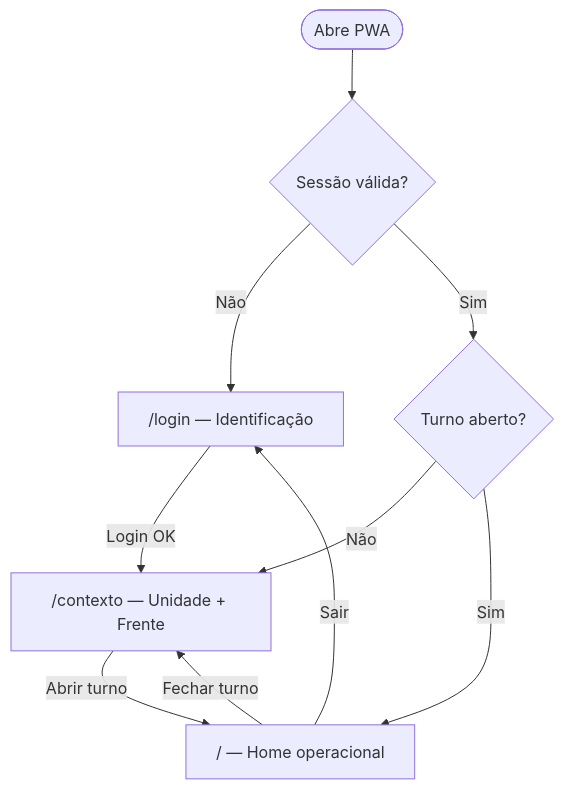
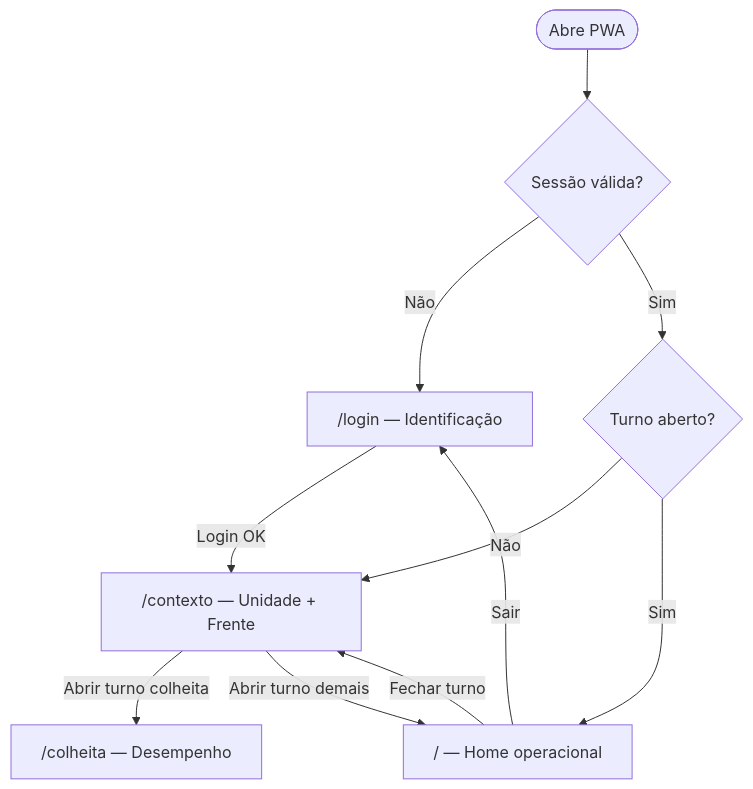
Before and after one commit to carlosedupm/ceial-cocal-campo: the first of 2 diagrams in docs/ops/fluxo-usuario-brf-001.md, drawn with Mermaid. The commit also changed other lines of this file and 23 other files, not shown here.

First line of the commit message:
feat: enhance user flow and UI components for colheita and contexto

````diff
--- a/docs/ops/fluxo-usuario-brf-001.md
+++ b/docs/ops/fluxo-usuario-brf-001.md
@@ -15,12 +15,13 @@
 ```mermaid
 flowchart TD
   start([Abre PWA]) --> loginCheck{Sessão válida?}
   loginCheck -->|Não| login["/login — Identificação"]
   loginCheck -->|Sim| turnoCheck{Turno aberto?}
   login -->|Login OK| contexto["/contexto — Unidade + Frente"]
-  contexto -->|Abrir turno| home["/ — Home operacional"]
+  contexto -->|Abrir turno colheita| colheita["/colheita — Desempenho"]
+  contexto -->|Abrir turno demais| home["/ — Home operacional"]
   turnoCheck -->|Não| contexto
   turnoCheck -->|Sim| home
   home -->|Fechar turno| contexto
   home -->|Sair| login
 ```
````
